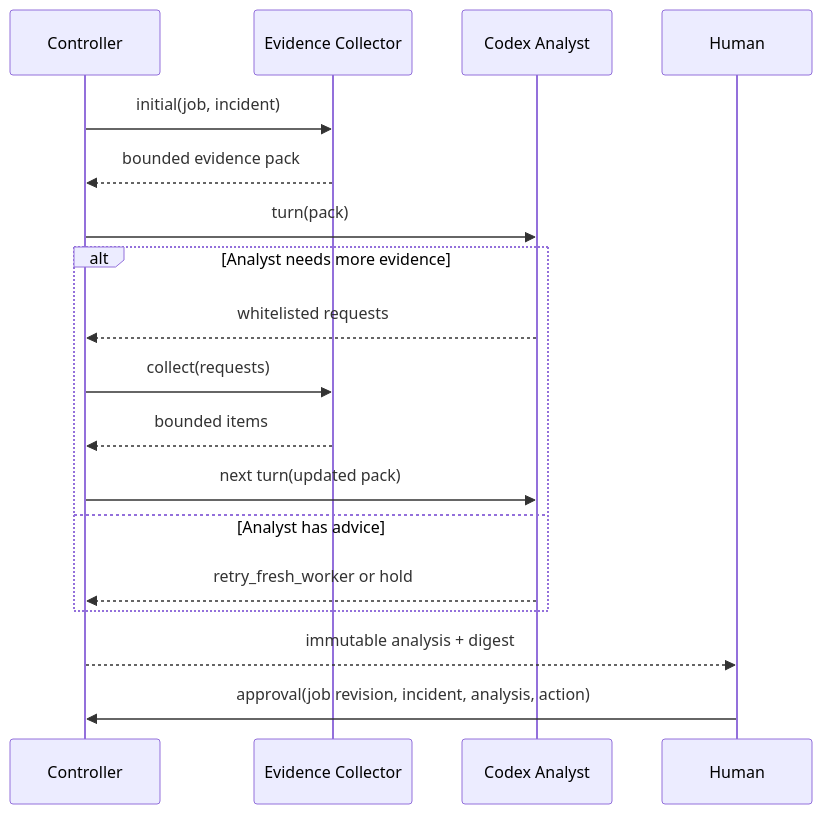
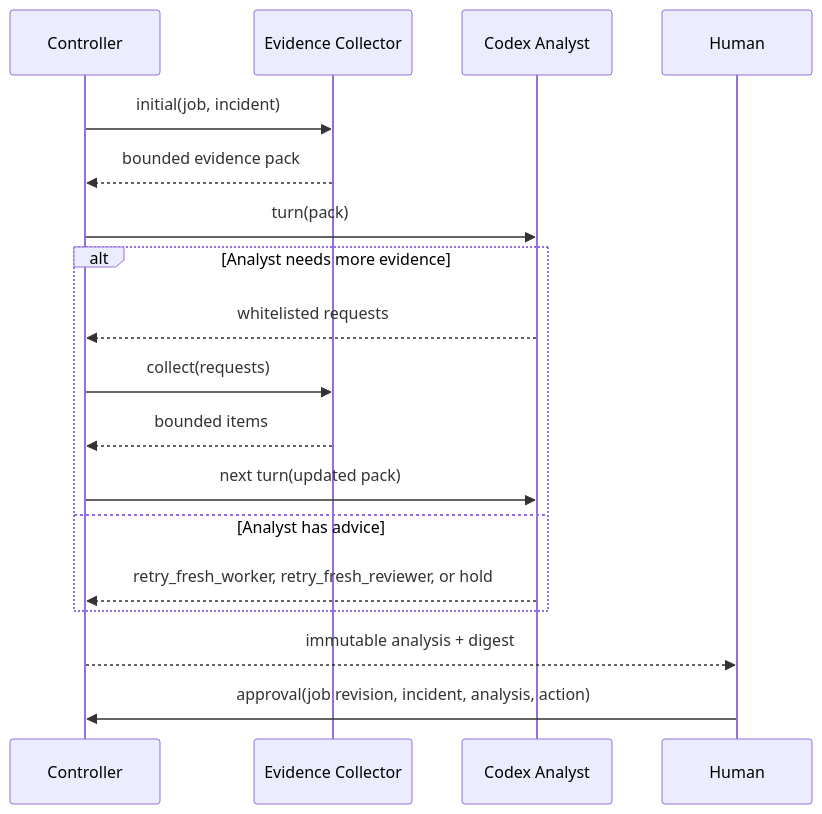
Before and after one commit to Notyet1307/HerdrHarness-lite: the third of 3 diagrams in ARCHITECTURE.zh-CN.md, drawn with Mermaid. The commit also changed other lines of this file and 40 other files, not shown here.

Commit message:
fix: retry Reviewer after infrastructure failure

````diff
--- a/ARCHITECTURE.zh-CN.md
+++ b/ARCHITECTURE.zh-CN.md
@@ -324,21 +325,21 @@
 ```mermaid
 sequenceDiagram
     participant C as Controller
     participant E as Evidence Collector
     participant A as Codex Analyst
     participant H as Human
 
     C->>E: initial(job, incident)
     E-->>C: bounded evidence pack
     C->>A: turn(pack)
     alt Analyst needs more evidence
         A-->>C: whitelisted requests
         C->>E: collect(requests)
         E-->>C: bounded items
         C->>A: next turn(updated pack)
     else Analyst has advice
-        A-->>C: retry_fresh_worker or hold
+        A-->>C: retry_fresh_worker, retry_fresh_reviewer, or hold
     end
     C-->>H: immutable analysis + digest
     H->>C: approval(job revision, incident, analysis, action)
 ```
````
